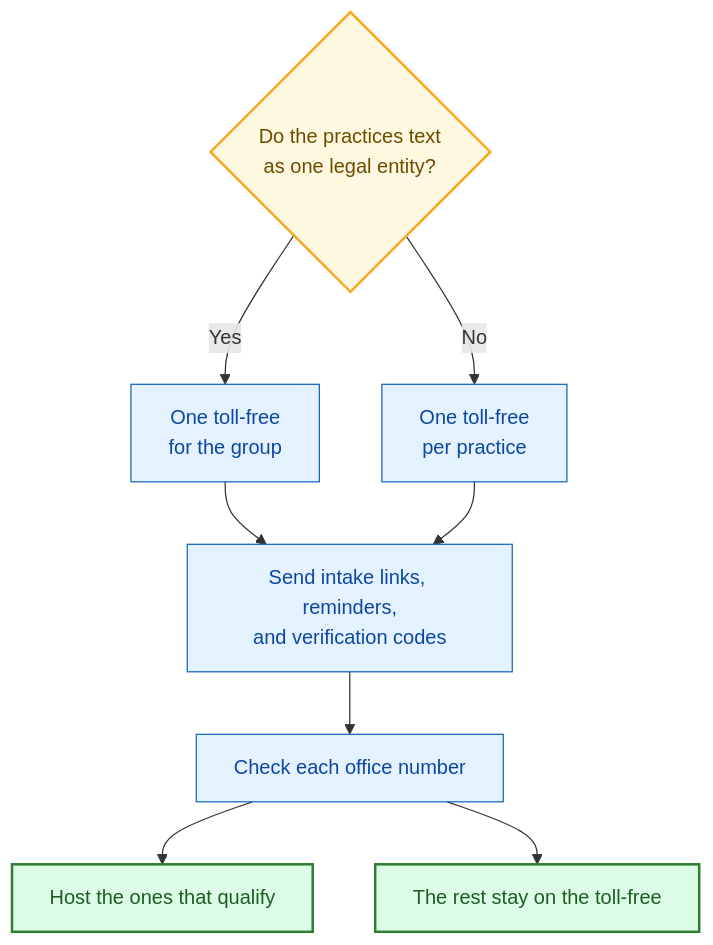
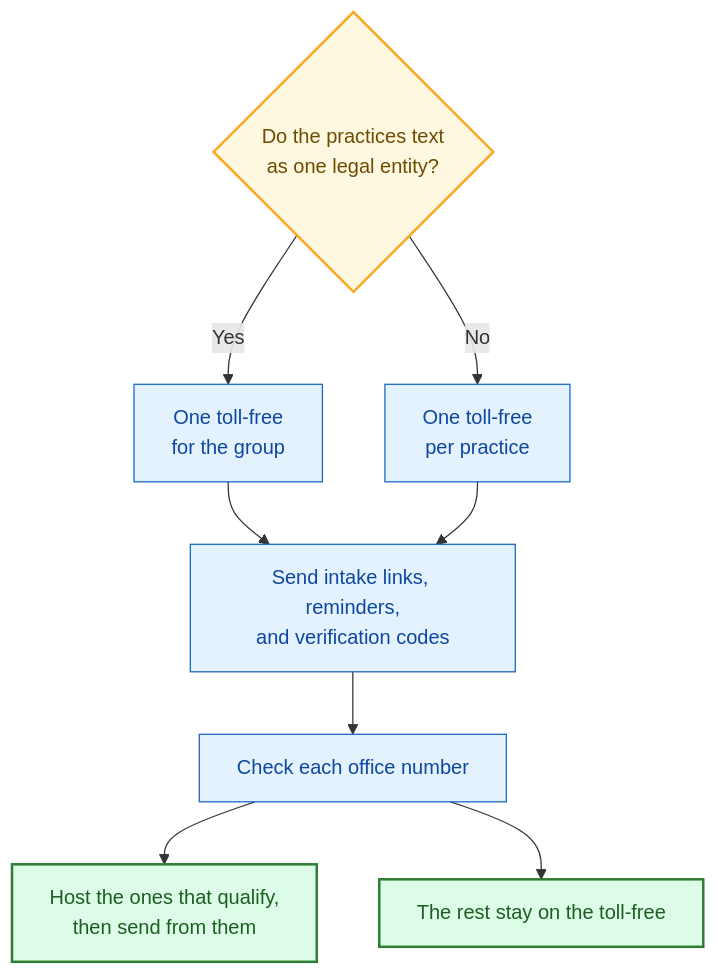
The first of 5 diagrams in docs/office-number-texting-report.md (daava-hq/shared-docs), drawn with Mermaid before and after one commit. The commit also changed other lines of this file, not shown here.

First line of the commit message:
Restore the original texting report diagrams

````diff
--- a/docs/office-number-texting-report.md
+++ b/docs/office-number-texting-report.md
@@ -27,19 +27,19 @@
 ```mermaid
 flowchart TD
   Q{"Do the practices text<br/>as one legal entity?"}
   Q -->|Yes| ONE["One toll-free<br/>for the group"]
   Q -->|No| MANY["One toll-free<br/>per practice"]
   ONE --> SEND["Send intake links, reminders,<br/>and verification codes"]
   MANY --> SEND
   SEND --> CHECK["Check each office number"]
-  CHECK --> HOST["Host the ones that qualify"]
+  CHECK --> HOST["Host the ones that qualify,<br/>then send from them"]
   CHECK --> STAY["The rest stay on the toll-free"]
 
   classDef decisionNode fill:#fff8e1,stroke:#f9a825,stroke-width:2px,color:#6d4c00
   classDef actionNode fill:#e3f2fd,stroke:#1565c0,color:#0d47a1
   classDef cleanNode fill:#dcfce7,stroke:#2e7d32,stroke-width:2px,color:#1b5e20
 
   class Q decisionNode
   class ONE,MANY,SEND,CHECK actionNode
   class HOST,STAY cleanNode
 ```
````
